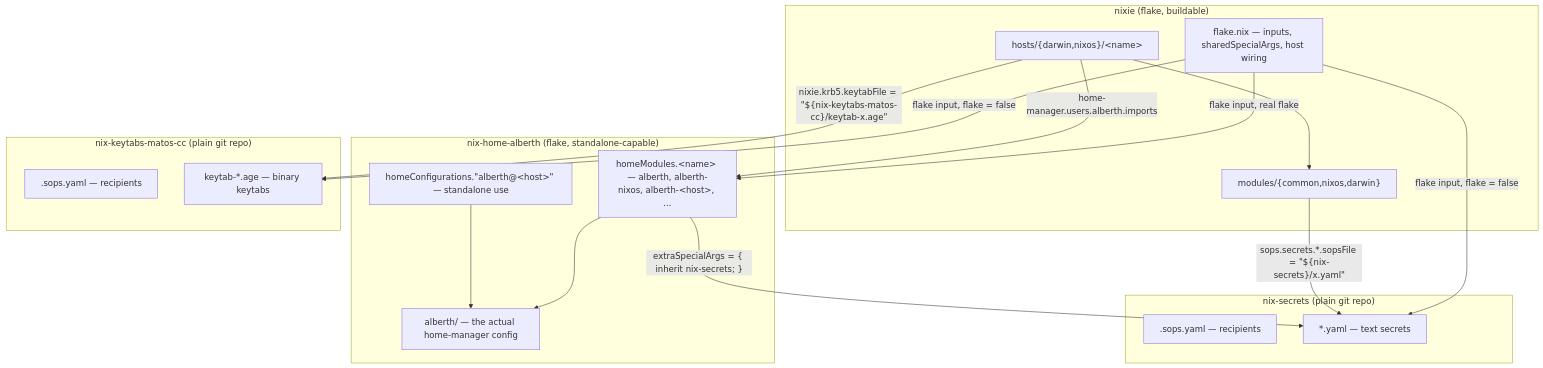
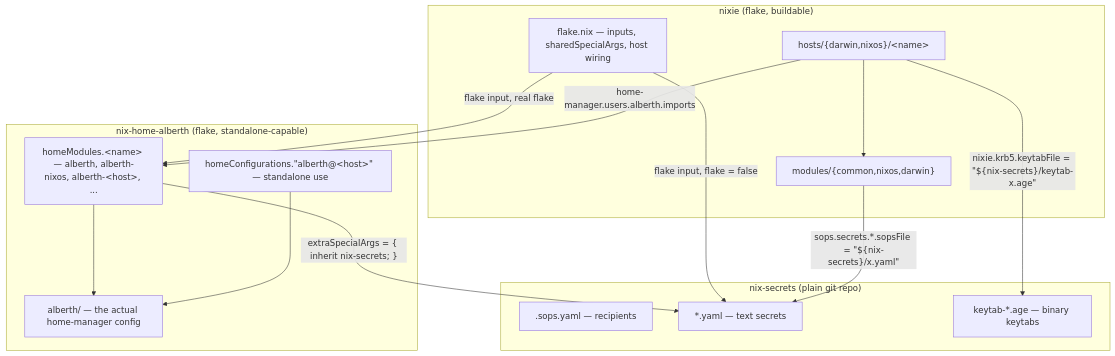
One commit to amatos/nixie changed the first of 2 diagrams in ARCHITECTURE.md. Above: the diagram before and after it, drawn with Mermaid. The commit also changed other lines of this file and 5 other files, not shown here.

First line of the commit message:
chore(secrets): retire nix-keytabs-matos-cc flake input

````diff
--- a/ARCHITECTURE.md
+++ b/ARCHITECTURE.md
@@ -30,35 +36,30 @@
 ```mermaid
 flowchart TB
     subgraph nixie["nixie (flake, buildable)"]
         flakeNix["flake.nix — inputs, sharedSpecialArgs, host wiring"]
         hosts["hosts/{darwin,nixos}/&lt;name&gt;"]
         modules["modules/{common,nixos,darwin}"]
     end
 
     subgraph nixieHomes["nix-home-alberth (flake, standalone-capable)"]
         homeModules["homeModules.&lt;name&gt; — alberth, alberth-nixos, alberth-&lt;host&gt;, ..."]
         homeConfigs["homeConfigurations.&quot;alberth@&lt;host&gt;&quot; — standalone use"]
         alberth["alberth/ — the actual home-manager config"]
     end
 
     subgraph nixSecrets["nix-secrets (plain git repo)"]
         nsSopsYaml[".sops.yaml — recipients"]
         nsAge["*.yaml — text secrets"]
-    end
-
-    subgraph keytabs["nix-keytabs-matos-cc (plain git repo)"]
-        ktSopsYaml[".sops.yaml — recipients"]
-        ktAge["keytab-*.age — binary keytabs"]
+        nsKeytab["keytab-*.age — binary keytabs"]
     end
 
     flakeNix -- "flake input, flake = false" --> nsAge
-    flakeNix -- "flake input, flake = false" --> ktAge
     flakeNix -- "flake input, real flake" --> homeModules
     modules -- "sops.secrets.*.sopsFile = &quot;${nix-secrets}/x.yaml&quot;" --> nsAge
-    hosts -- "nixie.krb5.keytabFile = &quot;${nix-keytabs-matos-cc}/keytab-x.age&quot;" --> ktAge
+    hosts -- "nixie.krb5.keytabFile = &quot;${nix-secrets}/keytab-x.age&quot;" --> nsKeytab
     hosts -- "home-manager.users.alberth.imports" --> homeModules
     homeModules --> alberth
     homeConfigs --> alberth
     homeModules -- "extraSpecialArgs = { inherit nix-secrets; }" --> nsAge
     hosts --> modules
 ```
````
